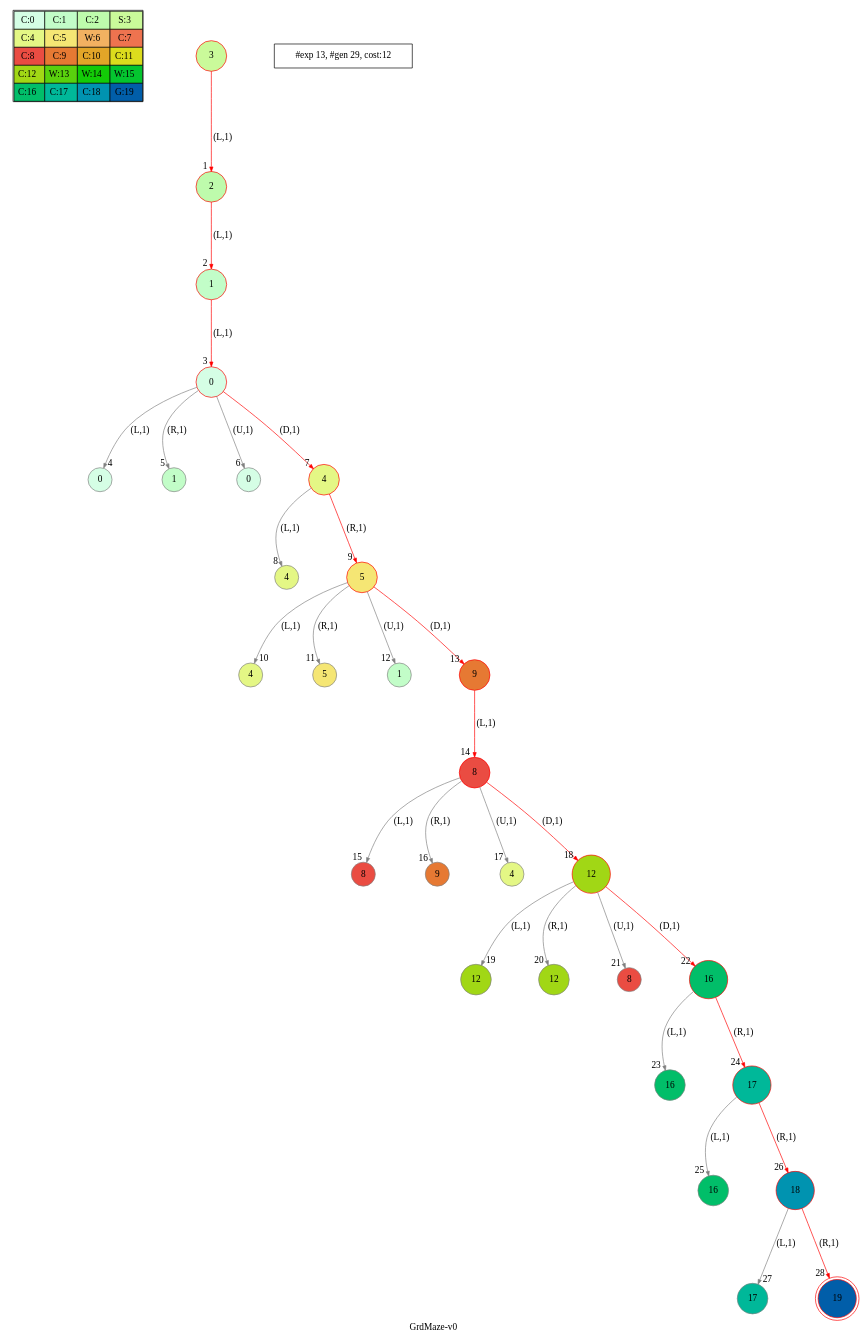
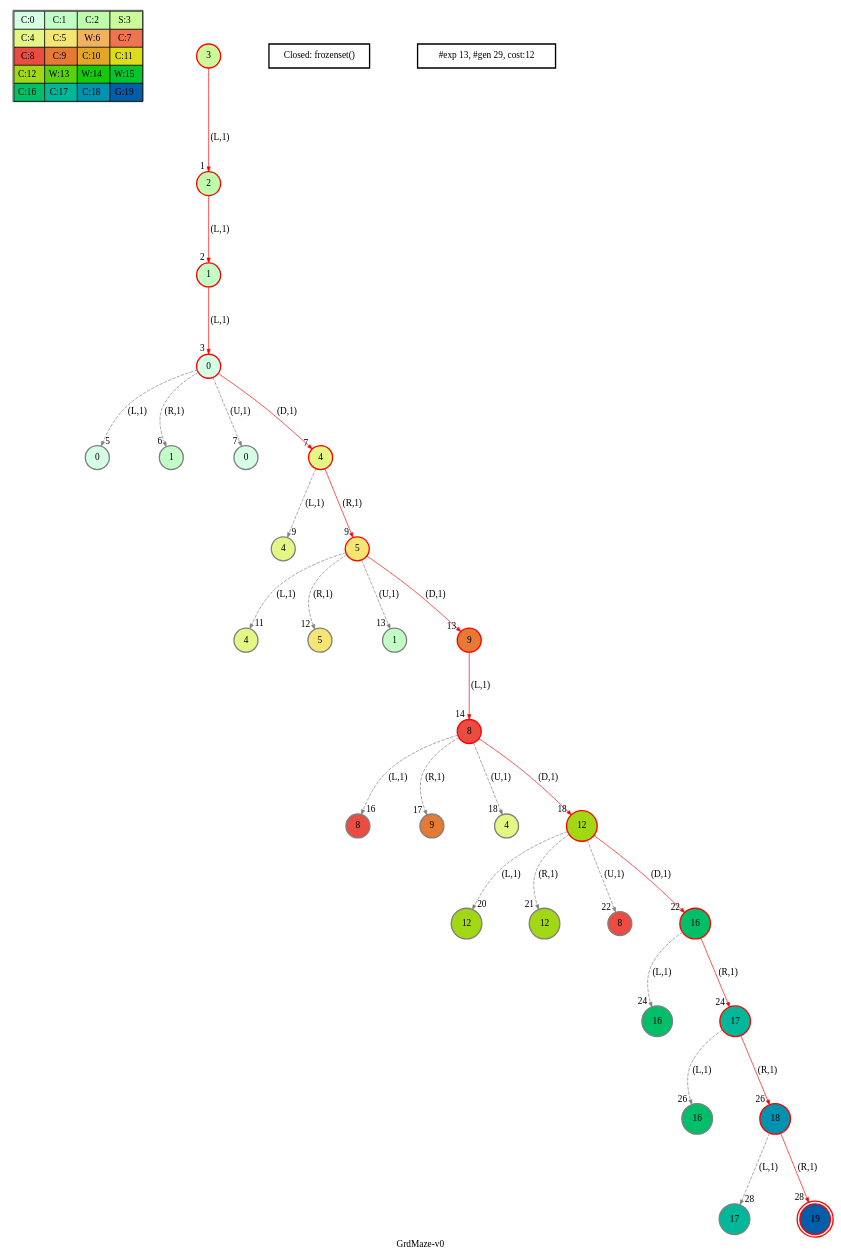
The diagram in viz/artifacts/tsd/dot/2-GrdMaze-v0_1-r_dfs.dot (blasco991/AI), drawn with Graphviz before and after one commit. The commit also changed 120 other files, not shown here.

First line of the commit message:
added penwidth added closed render added fringe render added dashed transaction on "not in memory"

```diff
--- a/viz/artifacts/tsd/dot/2-GrdMaze-v0_1-r_dfs.dot
+++ b/viz/artifacts/tsd/dot/2-GrdMaze-v0_1-r_dfs.dot
@@ -1,32 +1,33 @@
-digraph GrdMaze { label="GrdMaze-v0" nodesep=1 ranksep="1.2" node [shape=circle] edge [arrowsize=0.7] 
+digraph GrdMaze { label="GrdMaze-v0" nodesep=1 ranksep="1.2" node [shape=circle penwidth=2] edge [arrowsize=0.7] 
 subgraph MAP {label=Map;map [shape=plaintext label=<<table border="1" cellpadding="5" cellspacing="0" cellborder="1"><tr><td bgcolor="0.39803922 0.15947579 0.99679532 1.        ">C:0</td><td bgcolor="0.35098039 0.23194764 0.99315867 1.        ">C:1</td><td bgcolor="0.29607843 0.31486959 0.98720184 1.        ">C:2</td><td bgcolor="0.24901961 0.38410575 0.98063477 1.        ">S:3</td></tr><tr><td bgcolor="0.19411765 0.46220388 0.97128103 1.        ">C:4</td><td bgcolor="0.14705882 0.52643216 0.96182564 1.        ">C:5</td><td bgcolor="0.09215686 0.59770746 0.94913494 1.        ">W:6</td><td bgcolor="0.0372549  0.66454018 0.93467977 1.        ">C:7</td></tr><tr><td bgcolor="0.00980392 0.71791192 0.92090552 1.        ">C:8</td><td bgcolor="0.06470588 0.77520398 0.9032472  1.        ">C:9</td><td bgcolor="0.11176471 0.81974048 0.88677369 1.        ">C:10</td><td bgcolor="0.16666667 0.8660254  0.8660254  1.        ">C:11</td></tr><tr><td bgcolor="0.21372549 0.9005867  0.84695821 1.        ">C:12</td><td bgcolor="0.26862745 0.93467977 0.82325295 1.        ">W:13</td><td bgcolor="0.32352941 0.96182564 0.79801723 1.        ">W:14</td><td bgcolor="0.37058824 0.97940977 0.77520398 1.        ">W:15</td></tr><tr><td bgcolor="0.4254902  0.99315867 0.74725253 1.        ">C:16</td><td bgcolor="0.47254902 0.99907048 0.72218645 1.        ">C:17</td><td bgcolor="0.52745098 0.99907048 0.69169844 1.        ">C:18</td><td bgcolor="0.5745098  0.99315867 0.66454018 1.        ">G:19</td></tr></table>>]} 
 "0_3" [label=3 style=filled color=grey fillcolor="0.24901961 0.38410575 0.98063477 1.        " ];  
-"0_3" [label=" 3 " style=filled color=black color=red fillcolor="0.24901961 0.38410575 0.98063477 1.        " ];  "0_3.2-0" [label=2 style=filled color=grey color=red fillcolor="0.29607843 0.31486959 0.98720184 1.        " ];   "0_3" -> "0_3.2-0" [label="(L,1)" headlabel=" 1 " color=grey color=red ]; 
-"0_3.2-0" [label=" 2 " style=filled color=black color=red fillcolor="0.29607843 0.31486959 0.98720184 1.        " ];  "0_3.2.1-0" [label=1 style=filled color=grey color=red fillcolor="0.35098039 0.23194764 0.99315867 1.        " ];   "0_3.2-0" -> "0_3.2.1-0" [label="(L,1)" headlabel=" 2 " color=grey color=red ]; 
-"0_3.2.1-0" [label=" 1 " style=filled color=black color=red fillcolor="0.35098039 0.23194764 0.99315867 1.        " ];  "0_3.2.1.0-0" [label=0 style=filled color=grey color=red fillcolor="0.39803922 0.15947579 0.99679532 1.        " ];   "0_3.2.1-0" -> "0_3.2.1.0-0" [label="(L,1)" headlabel=" 3 " color=grey color=red ]; 
-"0_3.2.1.0-0" [label=" 0 " style=filled color=black color=red fillcolor="0.39803922 0.15947579 0.99679532 1.        " ];  "0_3.2.1.0.0-0" [label=0 style=filled color=grey fillcolor="0.39803922 0.15947579 0.99679532 1.        " ];   "0_3.2.1.0-0" -> "0_3.2.1.0.0-0" [label="(L,1)" headlabel=" 4 " color=grey ]; 
-"0_3.2.1.0.1-1" [label=1 style=filled color=grey fillcolor="0.35098039 0.23194764 0.99315867 1.        " ];   "0_3.2.1.0-0" -> "0_3.2.1.0.1-1" [label="(R,1)" headlabel=" 5 " color=grey ]; 
-"0_3.2.1.0.0-2" [label=0 style=filled color=grey fillcolor="0.39803922 0.15947579 0.99679532 1.        " ];   "0_3.2.1.0-0" -> "0_3.2.1.0.0-2" [label="(U,1)" headlabel=" 6 " color=grey ]; 
-"0_3.2.1.0.4-3" [label=4 style=filled color=grey color=red fillcolor="0.19411765 0.46220388 0.97128103 1.        " ];   "0_3.2.1.0-0" -> "0_3.2.1.0.4-3" [label="(D,1)" headlabel=" 7 " color=grey color=red ]; 
-"0_3.2.1.0.4-3" [label=" 4 " style=filled color=black color=red fillcolor="0.19411765 0.46220388 0.97128103 1.        " ];  "0_3.2.1.0.4.4-0" [label=4 style=filled color=grey fillcolor="0.19411765 0.46220388 0.97128103 1.        " ];   "0_3.2.1.0.4-3" -> "0_3.2.1.0.4.4-0" [label="(L,1)" headlabel=" 8 " color=grey ]; 
-"0_3.2.1.0.4.5-1" [label=5 style=filled color=grey color=red fillcolor="0.14705882 0.52643216 0.96182564 1.        " ];   "0_3.2.1.0.4-3" -> "0_3.2.1.0.4.5-1" [label="(R,1)" headlabel=" 9 " color=grey color=red ]; 
-"0_3.2.1.0.4.5-1" [label=" 5 " style=filled color=black color=red fillcolor="0.14705882 0.52643216 0.96182564 1.        " ];  "0_3.2.1.0.4.5.4-0" [label=4 style=filled color=grey fillcolor="0.19411765 0.46220388 0.97128103 1.        " ];   "0_3.2.1.0.4.5-1" -> "0_3.2.1.0.4.5.4-0" [label="(L,1)" headlabel=" 10 " color=grey ]; 
-"0_3.2.1.0.4.5.5-1" [label=5 style=filled color=grey fillcolor="0.14705882 0.52643216 0.96182564 1.        " ];   "0_3.2.1.0.4.5-1" -> "0_3.2.1.0.4.5.5-1" [label="(R,1)" headlabel=" 11 " color=grey ]; 
-"0_3.2.1.0.4.5.1-2" [label=1 style=filled color=grey fillcolor="0.35098039 0.23194764 0.99315867 1.        " ];   "0_3.2.1.0.4.5-1" -> "0_3.2.1.0.4.5.1-2" [label="(U,1)" headlabel=" 12 " color=grey ]; 
-"0_3.2.1.0.4.5.9-3" [label=9 style=filled color=grey color=red fillcolor="0.06470588 0.77520398 0.9032472  1.        " ];   "0_3.2.1.0.4.5-1" -> "0_3.2.1.0.4.5.9-3" [label="(D,1)" headlabel=" 13 " color=grey color=red ]; 
-"0_3.2.1.0.4.5.9-3" [label=" 9 " style=filled color=black color=red fillcolor="0.06470588 0.77520398 0.9032472  1.        " ];  "0_3.2.1.0.4.5.9.8-0" [label=8 style=filled color=grey color=red fillcolor="0.00980392 0.71791192 0.92090552 1.        " ];   "0_3.2.1.0.4.5.9-3" -> "0_3.2.1.0.4.5.9.8-0" [label="(L,1)" headlabel=" 14 " color=grey color=red ]; 
-"0_3.2.1.0.4.5.9.8-0" [label=" 8 " style=filled color=black color=red fillcolor="0.00980392 0.71791192 0.92090552 1.        " ];  "0_3.2.1.0.4.5.9.8.8-0" [label=8 style=filled color=grey fillcolor="0.00980392 0.71791192 0.92090552 1.        " ];   "0_3.2.1.0.4.5.9.8-0" -> "0_3.2.1.0.4.5.9.8.8-0" [label="(L,1)" headlabel=" 15 " color=grey ]; 
-"0_3.2.1.0.4.5.9.8.9-1" [label=9 style=filled color=grey fillcolor="0.06470588 0.77520398 0.9032472  1.        " ];   "0_3.2.1.0.4.5.9.8-0" -> "0_3.2.1.0.4.5.9.8.9-1" [label="(R,1)" headlabel=" 16 " color=grey ]; 
-"0_3.2.1.0.4.5.9.8.4-2" [label=4 style=filled color=grey fillcolor="0.19411765 0.46220388 0.97128103 1.        " ];   "0_3.2.1.0.4.5.9.8-0" -> "0_3.2.1.0.4.5.9.8.4-2" [label="(U,1)" headlabel=" 17 " color=grey ]; 
-"0_3.2.1.0.4.5.9.8.12-3" [label=12 style=filled color=grey color=red fillcolor="0.21372549 0.9005867  0.84695821 1.        " ];   "0_3.2.1.0.4.5.9.8-0" -> "0_3.2.1.0.4.5.9.8.12-3" [label="(D,1)" headlabel=" 18 " color=grey color=red ]; 
-"0_3.2.1.0.4.5.9.8.12-3" [label=" 12 " style=filled color=black color=red fillcolor="0.21372549 0.9005867  0.84695821 1.        " ];  "0_3.2.1.0.4.5.9.8.12.12-0" [label=12 style=filled color=grey fillcolor="0.21372549 0.9005867  0.84695821 1.        " ];   "0_3.2.1.0.4.5.9.8.12-3" -> "0_3.2.1.0.4.5.9.8.12.12-0" [label="(L,1)" headlabel=" 19 " color=grey ]; 
-"0_3.2.1.0.4.5.9.8.12.12-1" [label=12 style=filled color=grey fillcolor="0.21372549 0.9005867  0.84695821 1.        " ];   "0_3.2.1.0.4.5.9.8.12-3" -> "0_3.2.1.0.4.5.9.8.12.12-1" [label="(R,1)" headlabel=" 20 " color=grey ]; 
-"0_3.2.1.0.4.5.9.8.12.8-2" [label=8 style=filled color=grey fillcolor="0.00980392 0.71791192 0.92090552 1.        " ];   "0_3.2.1.0.4.5.9.8.12-3" -> "0_3.2.1.0.4.5.9.8.12.8-2" [label="(U,1)" headlabel=" 21 " color=grey ]; 
-"0_3.2.1.0.4.5.9.8.12.16-3" [label=16 style=filled color=grey color=red fillcolor="0.4254902  0.99315867 0.74725253 1.        " ];   "0_3.2.1.0.4.5.9.8.12-3" -> "0_3.2.1.0.4.5.9.8.12.16-3" [label="(D,1)" headlabel=" 22 " color=grey color=red ]; 
-"0_3.2.1.0.4.5.9.8.12.16-3" [label=" 16 " style=filled color=black color=red fillcolor="0.4254902  0.99315867 0.74725253 1.        " ];  "0_3.2.1.0.4.5.9.8.12.16.16-0" [label=16 style=filled color=grey fillcolor="0.4254902  0.99315867 0.74725253 1.        " ];   "0_3.2.1.0.4.5.9.8.12.16-3" -> "0_3.2.1.0.4.5.9.8.12.16.16-0" [label="(L,1)" headlabel=" 23 " color=grey ]; 
-"0_3.2.1.0.4.5.9.8.12.16.17-1" [label=17 style=filled color=grey color=red fillcolor="0.47254902 0.99907048 0.72218645 1.        " ];   "0_3.2.1.0.4.5.9.8.12.16-3" -> "0_3.2.1.0.4.5.9.8.12.16.17-1" [label="(R,1)" headlabel=" 24 " color=grey color=red ]; 
-"0_3.2.1.0.4.5.9.8.12.16.17-1" [label=" 17 " style=filled color=black color=red fillcolor="0.47254902 0.99907048 0.72218645 1.        " ];  "0_3.2.1.0.4.5.9.8.12.16.17.16-0" [label=16 style=filled color=grey fillcolor="0.4254902  0.99315867 0.74725253 1.        " ];   "0_3.2.1.0.4.5.9.8.12.16.17-1" -> "0_3.2.1.0.4.5.9.8.12.16.17.16-0" [label="(L,1)" headlabel=" 25 " color=grey ]; 
-"0_3.2.1.0.4.5.9.8.12.16.17.18-1" [label=18 style=filled color=grey color=red fillcolor="0.52745098 0.99907048 0.69169844 1.        " ];   "0_3.2.1.0.4.5.9.8.12.16.17-1" -> "0_3.2.1.0.4.5.9.8.12.16.17.18-1" [label="(R,1)" headlabel=" 26 " color=grey color=red ]; 
-"0_3.2.1.0.4.5.9.8.12.16.17.18-1" [label=" 18 " style=filled color=black color=red fillcolor="0.52745098 0.99907048 0.69169844 1.        " ];  "0_3.2.1.0.4.5.9.8.12.16.17.18.17-0" [label=17 style=filled color=grey fillcolor="0.47254902 0.99907048 0.72218645 1.        " ];   "0_3.2.1.0.4.5.9.8.12.16.17.18-1" -> "0_3.2.1.0.4.5.9.8.12.16.17.18.17-0" [label="(L,1)" headlabel=" 27 " color=grey ]; 
-"0_3.2.1.0.4.5.9.8.12.16.17.18.19-1" [label=" 19 " style=filled color=black color=red fillcolor="0.5745098  0.99315867 0.66454018 1.        " peripheries=2]; /*GOALSTATE*/  "0_3.2.1.0.4.5.9.8.12.16.17.18-1" -> "0_3.2.1.0.4.5.9.8.12.16.17.18.19-1" [label="(R,1)" headlabel=" 28 " color=grey color=red ];
+"0_3" [label=3 style=filled color=black color=red fillcolor="0.24901961 0.38410575 0.98063477 1.        " ];  "0_3.2-0" [label=2 style=filled color=grey color=red fillcolor="0.29607843 0.31486959 0.98720184 1.        " ];   "0_3" -> "0_3.2-0" [label="(L,1)" headlabel=" 1 " style="" color=grey color=red ]; "0_c" [label="Closed: frozenset()" shape=box]; 
+"0_3.2-0" [label=2 style=filled color=black color=red fillcolor="0.29607843 0.31486959 0.98720184 1.        " ];  "0_3.2.1-0" [label=1 style=filled color=grey color=red fillcolor="0.35098039 0.23194764 0.99315867 1.        " ];   "0_3.2-0" -> "0_3.2.1-0" [label="(L,1)" headlabel=" 2 " style="" color=grey color=red ]; "0_c" [label="Closed: frozenset()" shape=box]; 
+"0_3.2.1-0" [label=1 style=filled color=black color=red fillcolor="0.35098039 0.23194764 0.99315867 1.        " ];  "0_3.2.1.0-0" [label=0 style=filled color=grey color=red fillcolor="0.39803922 0.15947579 0.99679532 1.        " ];   "0_3.2.1-0" -> "0_3.2.1.0-0" [label="(L,1)" headlabel=" 3 " style="" color=grey color=red ]; "0_c" [label="Closed: frozenset()" shape=box]; 
+"0_3.2.1.0.0-0" [label=0 style=filled color=grey fillcolor="0.39803922 0.15947579 0.99679532 1.        " ];   "0_3.2.1.0-0" -> "0_3.2.1.0.0-0" [label="(L,1)" headlabel=" 5 " style="dashed" color=grey ]; "0_c" [label="Closed: frozenset()" shape=box]; 
+"0_3.2.1.0.1-1" [label=1 style=filled color=grey fillcolor="0.35098039 0.23194764 0.99315867 1.        " ];   "0_3.2.1.0-0" -> "0_3.2.1.0.1-1" [label="(R,1)" headlabel=" 6 " style="dashed" color=grey ]; "0_c" [label="Closed: frozenset()" shape=box]; 
+"0_3.2.1.0.0-2" [label=0 style=filled color=grey fillcolor="0.39803922 0.15947579 0.99679532 1.        " ];   "0_3.2.1.0-0" -> "0_3.2.1.0.0-2" [label="(U,1)" headlabel=" 7 " style="dashed" color=grey ]; "0_c" [label="Closed: frozenset()" shape=box]; 
+"0_3.2.1.0-0" [label=0 style=filled color=black color=red fillcolor="0.39803922 0.15947579 0.99679532 1.        " ];  "0_3.2.1.0.4-3" [label=4 style=filled color=grey color=red fillcolor="0.19411765 0.46220388 0.97128103 1.        " ];   "0_3.2.1.0-0" -> "0_3.2.1.0.4-3" [label="(D,1)" headlabel=" 7 " style="" color=grey color=red ]; "0_c" [label="Closed: frozenset()" shape=box]; 
+"0_3.2.1.0.4.4-0" [label=4 style=filled color=grey fillcolor="0.19411765 0.46220388 0.97128103 1.        " ];   "0_3.2.1.0.4-3" -> "0_3.2.1.0.4.4-0" [label="(L,1)" headlabel=" 9 " style="dashed" color=grey ]; "0_c" [label="Closed: frozenset()" shape=box]; 
+"0_3.2.1.0.4-3" [label=4 style=filled color=black color=red fillcolor="0.19411765 0.46220388 0.97128103 1.        " ];  "0_3.2.1.0.4.5-1" [label=5 style=filled color=grey color=red fillcolor="0.14705882 0.52643216 0.96182564 1.        " ];   "0_3.2.1.0.4-3" -> "0_3.2.1.0.4.5-1" [label="(R,1)" headlabel=" 9 " style="" color=grey color=red ]; "0_c" [label="Closed: frozenset()" shape=box]; 
+"0_3.2.1.0.4.5.4-0" [label=4 style=filled color=grey fillcolor="0.19411765 0.46220388 0.97128103 1.        " ];   "0_3.2.1.0.4.5-1" -> "0_3.2.1.0.4.5.4-0" [label="(L,1)" headlabel=" 11 " style="dashed" color=grey ]; "0_c" [label="Closed: frozenset()" shape=box]; 
+"0_3.2.1.0.4.5.5-1" [label=5 style=filled color=grey fillcolor="0.14705882 0.52643216 0.96182564 1.        " ];   "0_3.2.1.0.4.5-1" -> "0_3.2.1.0.4.5.5-1" [label="(R,1)" headlabel=" 12 " style="dashed" color=grey ]; "0_c" [label="Closed: frozenset()" shape=box]; 
+"0_3.2.1.0.4.5.1-2" [label=1 style=filled color=grey fillcolor="0.35098039 0.23194764 0.99315867 1.        " ];   "0_3.2.1.0.4.5-1" -> "0_3.2.1.0.4.5.1-2" [label="(U,1)" headlabel=" 13 " style="dashed" color=grey ]; "0_c" [label="Closed: frozenset()" shape=box]; 
+"0_3.2.1.0.4.5-1" [label=5 style=filled color=black color=red fillcolor="0.14705882 0.52643216 0.96182564 1.        " ];  "0_3.2.1.0.4.5.9-3" [label=9 style=filled color=grey color=red fillcolor="0.06470588 0.77520398 0.9032472  1.        " ];   "0_3.2.1.0.4.5-1" -> "0_3.2.1.0.4.5.9-3" [label="(D,1)" headlabel=" 13 " style="" color=grey color=red ]; "0_c" [label="Closed: frozenset()" shape=box]; 
+"0_3.2.1.0.4.5.9-3" [label=9 style=filled color=black color=red fillcolor="0.06470588 0.77520398 0.9032472  1.        " ];  "0_3.2.1.0.4.5.9.8-0" [label=8 style=filled color=grey color=red fillcolor="0.00980392 0.71791192 0.92090552 1.        " ];   "0_3.2.1.0.4.5.9-3" -> "0_3.2.1.0.4.5.9.8-0" [label="(L,1)" headlabel=" 14 " style="" color=grey color=red ]; "0_c" [label="Closed: frozenset()" shape=box]; 
+"0_3.2.1.0.4.5.9.8.8-0" [label=8 style=filled color=grey fillcolor="0.00980392 0.71791192 0.92090552 1.        " ];   "0_3.2.1.0.4.5.9.8-0" -> "0_3.2.1.0.4.5.9.8.8-0" [label="(L,1)" headlabel=" 16 " style="dashed" color=grey ]; "0_c" [label="Closed: frozenset()" shape=box]; 
+"0_3.2.1.0.4.5.9.8.9-1" [label=9 style=filled color=grey fillcolor="0.06470588 0.77520398 0.9032472  1.        " ];   "0_3.2.1.0.4.5.9.8-0" -> "0_3.2.1.0.4.5.9.8.9-1" [label="(R,1)" headlabel=" 17 " style="dashed" color=grey ]; "0_c" [label="Closed: frozenset()" shape=box]; 
+"0_3.2.1.0.4.5.9.8.4-2" [label=4 style=filled color=grey fillcolor="0.19411765 0.46220388 0.97128103 1.        " ];   "0_3.2.1.0.4.5.9.8-0" -> "0_3.2.1.0.4.5.9.8.4-2" [label="(U,1)" headlabel=" 18 " style="dashed" color=grey ]; "0_c" [label="Closed: frozenset()" shape=box]; 
+"0_3.2.1.0.4.5.9.8-0" [label=8 style=filled color=black color=red fillcolor="0.00980392 0.71791192 0.92090552 1.        " ];  "0_3.2.1.0.4.5.9.8.12-3" [label=12 style=filled color=grey color=red fillcolor="0.21372549 0.9005867  0.84695821 1.        " ];   "0_3.2.1.0.4.5.9.8-0" -> "0_3.2.1.0.4.5.9.8.12-3" [label="(D,1)" headlabel=" 18 " style="" color=grey color=red ]; "0_c" [label="Closed: frozenset()" shape=box]; 
+"0_3.2.1.0.4.5.9.8.12.12-0" [label=12 style=filled color=grey fillcolor="0.21372549 0.9005867  0.84695821 1.        " ];   "0_3.2.1.0.4.5.9.8.12-3" -> "0_3.2.1.0.4.5.9.8.12.12-0" [label="(L,1)" headlabel=" 20 " style="dashed" color=grey ]; "0_c" [label="Closed: frozenset()" shape=box]; 
+"0_3.2.1.0.4.5.9.8.12.12-1" [label=12 style=filled color=grey fillcolor="0.21372549 0.9005867  0.84695821 1.        " ];   "0_3.2.1.0.4.5.9.8.12-3" -> "0_3.2.1.0.4.5.9.8.12.12-1" [label="(R,1)" headlabel=" 21 " style="dashed" color=grey ]; "0_c" [label="Closed: frozenset()" shape=box]; 
+"0_3.2.1.0.4.5.9.8.12.8-2" [label=8 style=filled color=grey fillcolor="0.00980392 0.71791192 0.92090552 1.        " ];   "0_3.2.1.0.4.5.9.8.12-3" -> "0_3.2.1.0.4.5.9.8.12.8-2" [label="(U,1)" headlabel=" 22 " style="dashed" color=grey ]; "0_c" [label="Closed: frozenset()" shape=box]; 
+"0_3.2.1.0.4.5.9.8.12-3" [label=12 style=filled color=black color=red fillcolor="0.21372549 0.9005867  0.84695821 1.        " ];  "0_3.2.1.0.4.5.9.8.12.16-3" [label=16 style=filled color=grey color=red fillcolor="0.4254902  0.99315867 0.74725253 1.        " ];   "0_3.2.1.0.4.5.9.8.12-3" -> "0_3.2.1.0.4.5.9.8.12.16-3" [label="(D,1)" headlabel=" 22 " style="" color=grey color=red ]; "0_c" [label="Closed: frozenset()" shape=box]; 
+"0_3.2.1.0.4.5.9.8.12.16.16-0" [label=16 style=filled color=grey fillcolor="0.4254902  0.99315867 0.74725253 1.        " ];   "0_3.2.1.0.4.5.9.8.12.16-3" -> "0_3.2.1.0.4.5.9.8.12.16.16-0" [label="(L,1)" headlabel=" 24 " style="dashed" color=grey ]; "0_c" [label="Closed: frozenset()" shape=box]; 
+"0_3.2.1.0.4.5.9.8.12.16-3" [label=16 style=filled color=black color=red fillcolor="0.4254902  0.99315867 0.74725253 1.        " ];  "0_3.2.1.0.4.5.9.8.12.16.17-1" [label=17 style=filled color=grey color=red fillcolor="0.47254902 0.99907048 0.72218645 1.        " ];   "0_3.2.1.0.4.5.9.8.12.16-3" -> "0_3.2.1.0.4.5.9.8.12.16.17-1" [label="(R,1)" headlabel=" 24 " style="" color=grey color=red ]; "0_c" [label="Closed: frozenset()" shape=box]; 
+"0_3.2.1.0.4.5.9.8.12.16.17.16-0" [label=16 style=filled color=grey fillcolor="0.4254902  0.99315867 0.74725253 1.        " ];   "0_3.2.1.0.4.5.9.8.12.16.17-1" -> "0_3.2.1.0.4.5.9.8.12.16.17.16-0" [label="(L,1)" headlabel=" 26 " style="dashed" color=grey ]; "0_c" [label="Closed: frozenset()" shape=box]; 
+"0_3.2.1.0.4.5.9.8.12.16.17-1" [label=17 style=filled color=black color=red fillcolor="0.47254902 0.99907048 0.72218645 1.        " ];  "0_3.2.1.0.4.5.9.8.12.16.17.18-1" [label=18 style=filled color=grey color=red fillcolor="0.52745098 0.99907048 0.69169844 1.        " ];   "0_3.2.1.0.4.5.9.8.12.16.17-1" -> "0_3.2.1.0.4.5.9.8.12.16.17.18-1" [label="(R,1)" headlabel=" 26 " style="" color=grey color=red ]; "0_c" [label="Closed: frozenset()" shape=box]; 
+"0_3.2.1.0.4.5.9.8.12.16.17.18.17-0" [label=17 style=filled color=grey fillcolor="0.47254902 0.99907048 0.72218645 1.        " ];   "0_3.2.1.0.4.5.9.8.12.16.17.18-1" -> "0_3.2.1.0.4.5.9.8.12.16.17.18.17-0" [label="(L,1)" headlabel=" 28 " style="dashed" color=grey ]; "0_c" [label="Closed: frozenset()" shape=box]; 
+
+"0_3.2.1.0.4.5.9.8.12.16.17.18-1" [label=18 style=filled color=black color=red fillcolor="0.52745098 0.99907048 0.69169844 1.        " ];  "0_3.2.1.0.4.5.9.8.12.16.17.18.19-1" [label=19 style=filled color=black color=red fillcolor="0.5745098  0.99315867 0.66454018 1.        " peripheries=2]; /*GOALSTATE*/  "0_3.2.1.0.4.5.9.8.12.16.17.18-1" -> "0_3.2.1.0.4.5.9.8.12.16.17.18.19-1" [label="(R,1)" headlabel=" 28 " style="" color=grey color=red ]; "0_c" [label="Closed: frozenset()" shape=box];
 "#exp 13, #gen 29, cost:12" [ shape=box ]; }
```
